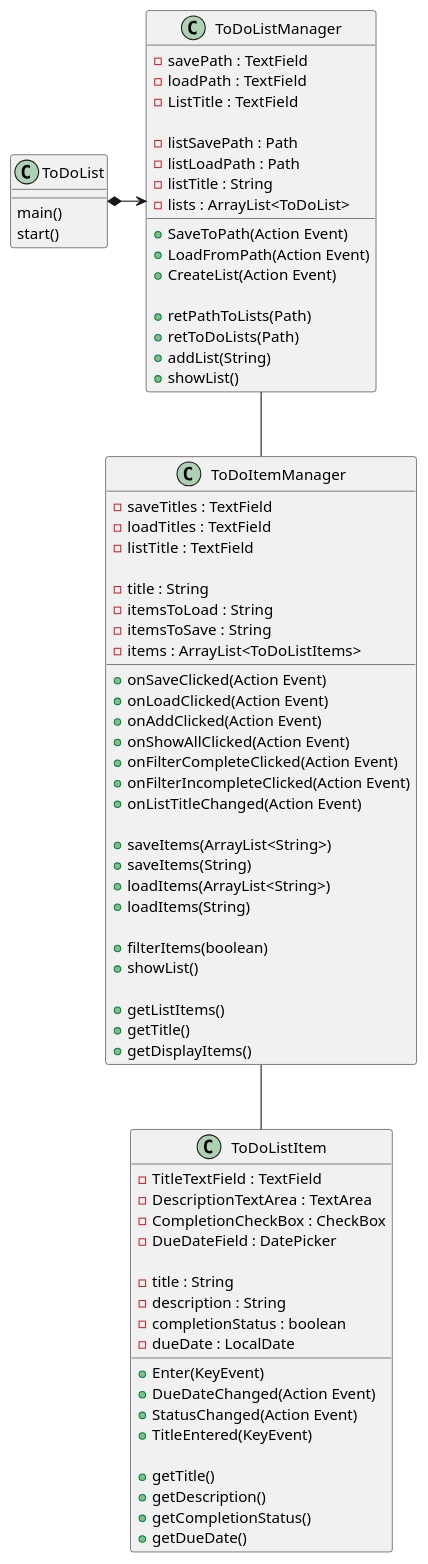
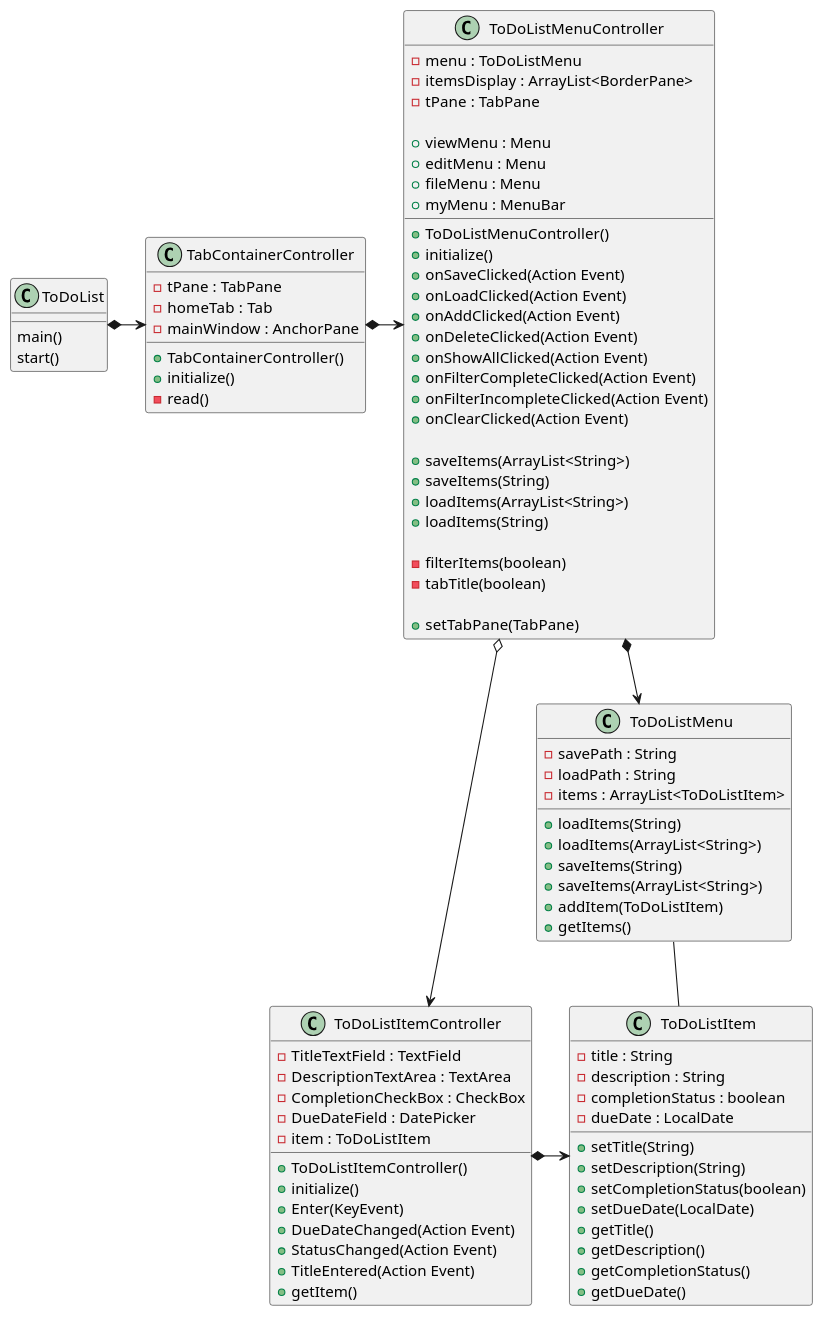
One commit to tsehaiB/boucaud-cop3330-assignment4part2 changed the diagram in uml/ToDoList.puml. Above: the diagram before and after it, drawn with PlantUML. The commit also changed 3 other files, not shown here.

Commit message:
Updated plant uml to reflect changes in requirements and implementation

```diff
--- a/uml/ToDoList.puml
+++ b/uml/ToDoList.puml
@@ -1,81 +1,98 @@
  @startuml
 'https://plantuml.com/class-diagram
 class ToDoList{
     main()
     start()
 }
-class ToDoListManager {
-    - savePath : TextField
-    - loadPath : TextField
-    - ListTitle : TextField
+class TabContainerController {
+    - tPane : TabPane
+    - homeTab : Tab
+    - mainWindow : AnchorPane
 
-    - listSavePath : Path
-    - listLoadPath : Path
-    - listTitle : String
-    - lists : ArrayList<ToDoList>
+    + TabContainerController()
+    + initialize()
+    - read()
+}
+class ToDoListMenuController{
+    - menu : ToDoListMenu
+    - itemsDisplay : ArrayList<BorderPane>
+    - tPane : TabPane
 
-    + SaveToPath(Action Event)
-    + LoadFromPath(Action Event)
-    + CreateList(Action Event)
+    + viewMenu : Menu
+    + editMenu : Menu
+    + fileMenu : Menu
+    + myMenu : MenuBar
 
-    + retPathToLists(Path)
-    + retToDoLists(Path)
-    + addList(String)
-    + showList()
-}
-class ToDoItemManager {
-    - saveTitles : TextField
-    - loadTitles : TextField
-    - listTitle : TextField
-
-    - title : String
-    - itemsToLoad : String
-    - itemsToSave : String
-    - items : ArrayList<ToDoListItems>
-
+    + ToDoListMenuController()
+    + initialize()
     + onSaveClicked(Action Event)
     + onLoadClicked(Action Event)
     + onAddClicked(Action Event)
+    + onDeleteClicked(Action Event)
     + onShowAllClicked(Action Event)
     + onFilterCompleteClicked(Action Event)
     + onFilterIncompleteClicked(Action Event)
-    + onListTitleChanged(Action Event)
+    + onClearClicked(Action Event)
 
     + saveItems(ArrayList<String>)
     + saveItems(String)
     + loadItems(ArrayList<String>)
     + loadItems(String)
 
-    + filterItems(boolean)
-    + showList()
+    - filterItems(boolean)
+    - tabTitle(boolean)
 
-    + getListItems()
-    + getTitle()
-    + getDisplayItems()
+    + setTabPane(TabPane)
+}
+class ToDoListMenu{
+    - savePath : String
+    - loadPath : String
+    - items : ArrayList<ToDoListItem>
+
+    + loadItems(String)
+    + loadItems(ArrayList<String>)
+    + saveItems(String)
+    + saveItems(ArrayList<String>)
+    + addItem(ToDoListItem)
+    + getItems()
+}
+class ToDoListItemController{
+    - TitleTextField : TextField
+    - DescriptionTextArea : TextArea
+    - CompletionCheckBox : CheckBox
+    - DueDateField : DatePicker
+    - item : ToDoListItem
+
+    + ToDoListItemController()
+    + initialize()
+    + Enter(KeyEvent)
+    + DueDateChanged(Action Event)
+    + StatusChanged(Action Event)
+    + TitleEntered(Action Event)
+    + getItem()
+
 }
 class ToDoListItem {
-        - TitleTextField : TextField
-        - DescriptionTextArea : TextArea
-        - CompletionCheckBox : CheckBox
-        - DueDateField : DatePicker
 
         - title : String
         - description : String
         - completionStatus : boolean
         - dueDate : LocalDate
 
-        + Enter(KeyEvent)
-        + DueDateChanged(Action Event)
-        + StatusChanged(Action Event)
-        + TitleEntered(KeyEvent)
-
+        + setTitle(String)
+        + setDescription(String)
+        + setCompletionStatus(boolean)
+        + setDueDate(LocalDate)
         + getTitle()
         + getDescription()
         + getCompletionStatus()
         + getDueDate()
 }
-ToDoList *-> ToDoListManager
-ToDoListManager -- ToDoItemManager
-ToDoItemManager -- ToDoListItem
+ToDoList *-> TabContainerController
+TabContainerController *-> ToDoListMenuController
+ToDoListMenuController *-> ToDoListMenu
+ToDoListMenuController o---> ToDoListItemController
+ToDoListMenu -- ToDoListItem
+ToDoListItemController *-> ToDoListItem
 
 @enduml
```
